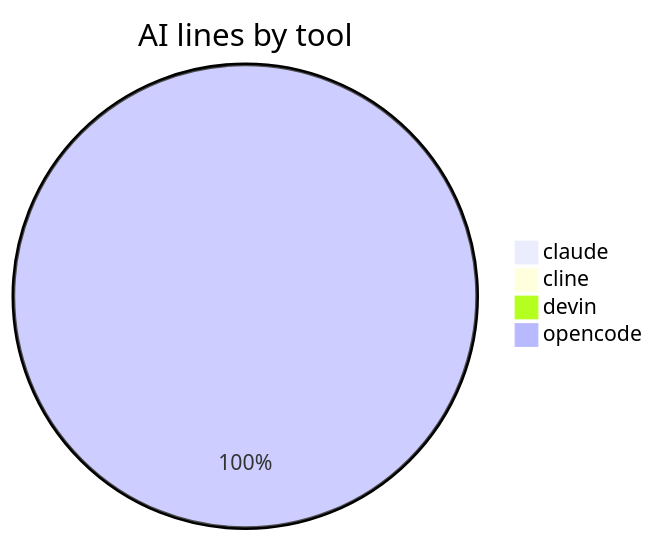
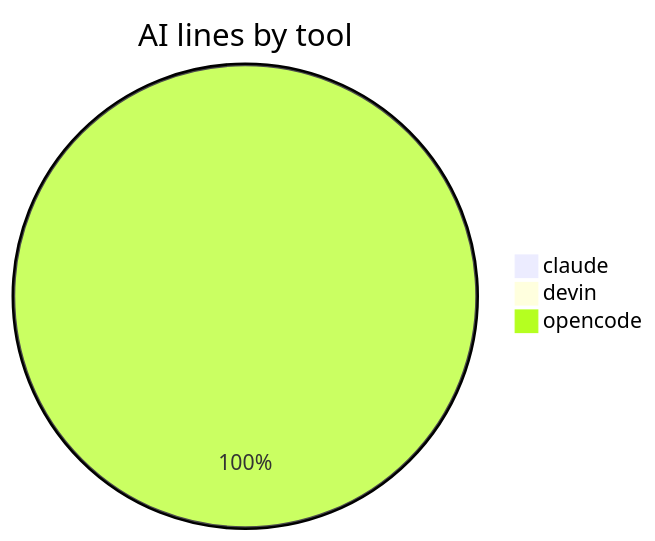
The third of 5 diagrams in AI-AUTHORSHIP.md (CaliMark/game-of-life), drawn with Mermaid before and after one commit. The commit also changed other lines of this file and 1 other file, not shown here.

````diff
--- a/AI-AUTHORSHIP.md
+++ b/AI-AUTHORSHIP.md
@@ -43,7 +41,6 @@
 ```mermaid
 pie title AI lines by tool
     "claude" : 1
-    "cline" : 1
     "devin" : 1
     "opencode" : 609
 ```
````
